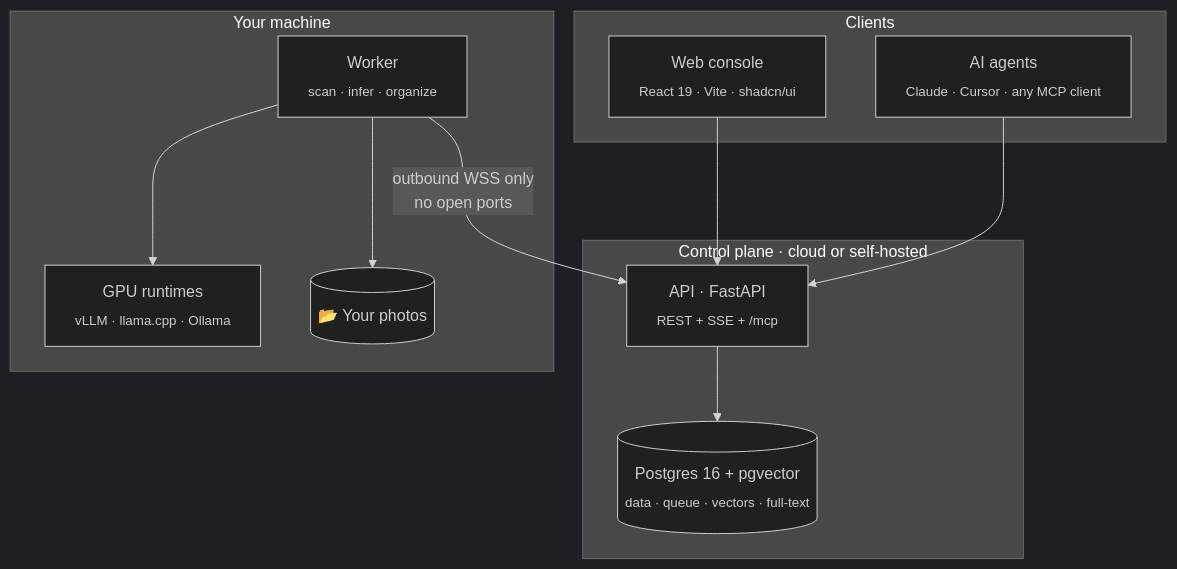
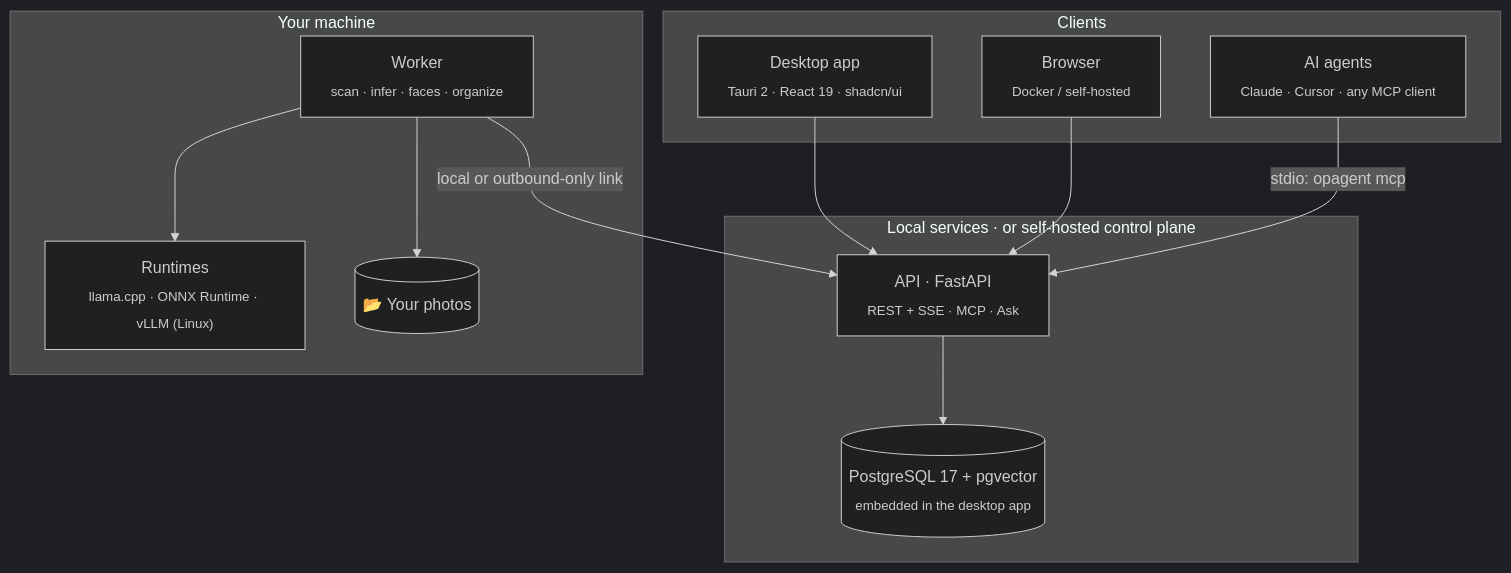
Before and after one commit to romanticamaj/openphotoagent: the second of 2 diagrams in README.md, drawn with Mermaid (dark theme). The commit also changed other lines of this file and 13 other files, not shown here.

First line of the commit message:
docs: feature coverage review; reconcile specs, roadmap, CLI name opagent

````diff
--- a/README.md
+++ b/README.md
@@ -191,22 +221,24 @@
 ```mermaid
 flowchart TB
   subgraph Clients
-    WEB["Web console<br/><sub>React 19 · Vite · shadcn/ui</sub>"]
+    APP["Desktop app<br/><sub>Tauri 2 · React 19 · shadcn/ui</sub>"]
+    WEB["Browser<br/><sub>Docker / self-hosted</sub>"]
     AG["AI agents<br/><sub>Claude · Cursor · any MCP client</sub>"]
   end
-  subgraph CP["Control plane · cloud or self-hosted"]
-    API["API · FastAPI<br/><sub>REST + SSE + /mcp</sub>"]
-    PG[("Postgres 16 + pgvector<br/><sub>data · queue · vectors · full-text</sub>")]
+  subgraph CP["Local services · or self-hosted control plane"]
+    API["API · FastAPI<br/><sub>REST + SSE · MCP · Ask</sub>"]
+    PG[("PostgreSQL 17 + pgvector<br/><sub>embedded in the desktop app</sub>")]
   end
   subgraph Edge["Your machine"]
-    W["Worker<br/><sub>scan · infer · organize</sub>"]
-    GPU["GPU runtimes<br/><sub>vLLM · llama.cpp · Ollama</sub>"]
+    W["Worker<br/><sub>scan · infer · faces · organize</sub>"]
+    GPU["Runtimes<br/><sub>llama.cpp · ONNX Runtime · vLLM (Linux)</sub>"]
     FS[("📂 Your photos")]
   end
+  APP --> API
   WEB --> API
-  AG --> API
+  AG -- "stdio: opagent mcp" --> API
   API --> PG
-  W -- "outbound WSS only<br/>no open ports" --> API
+  W -- "local or outbound-only link" --> API
   W --> GPU
   W --> FS
 ```
````
